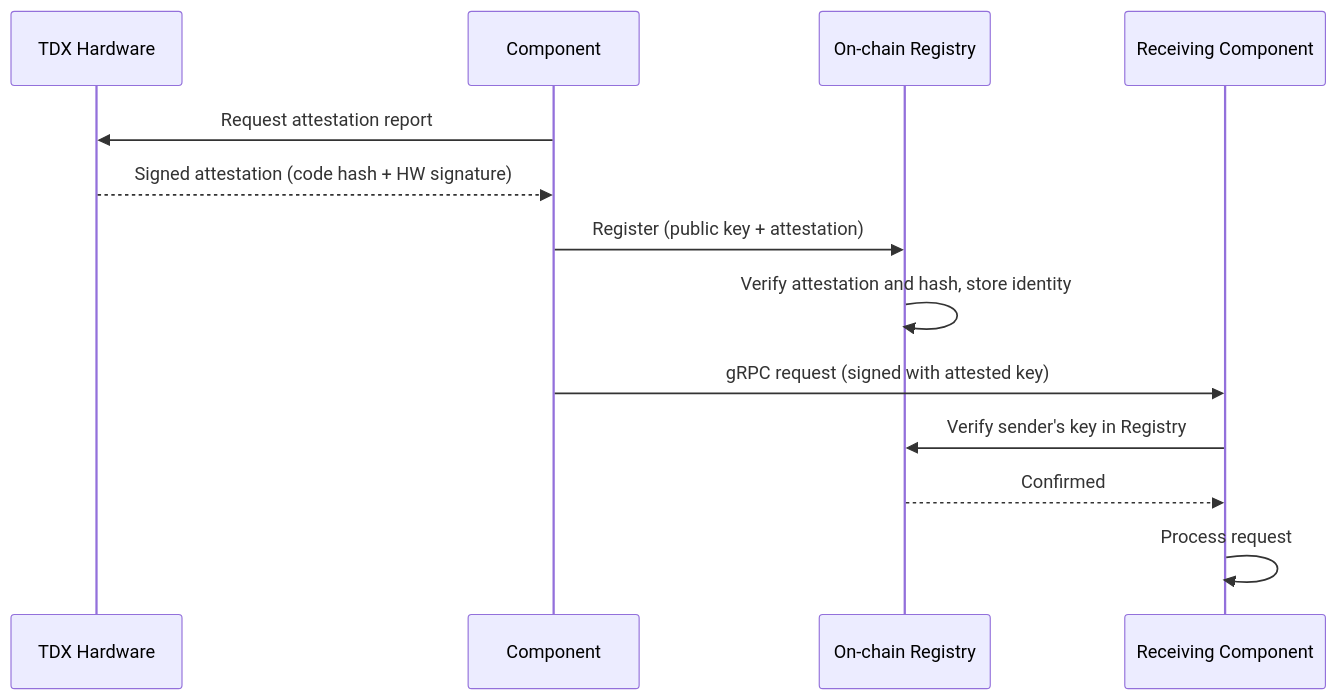
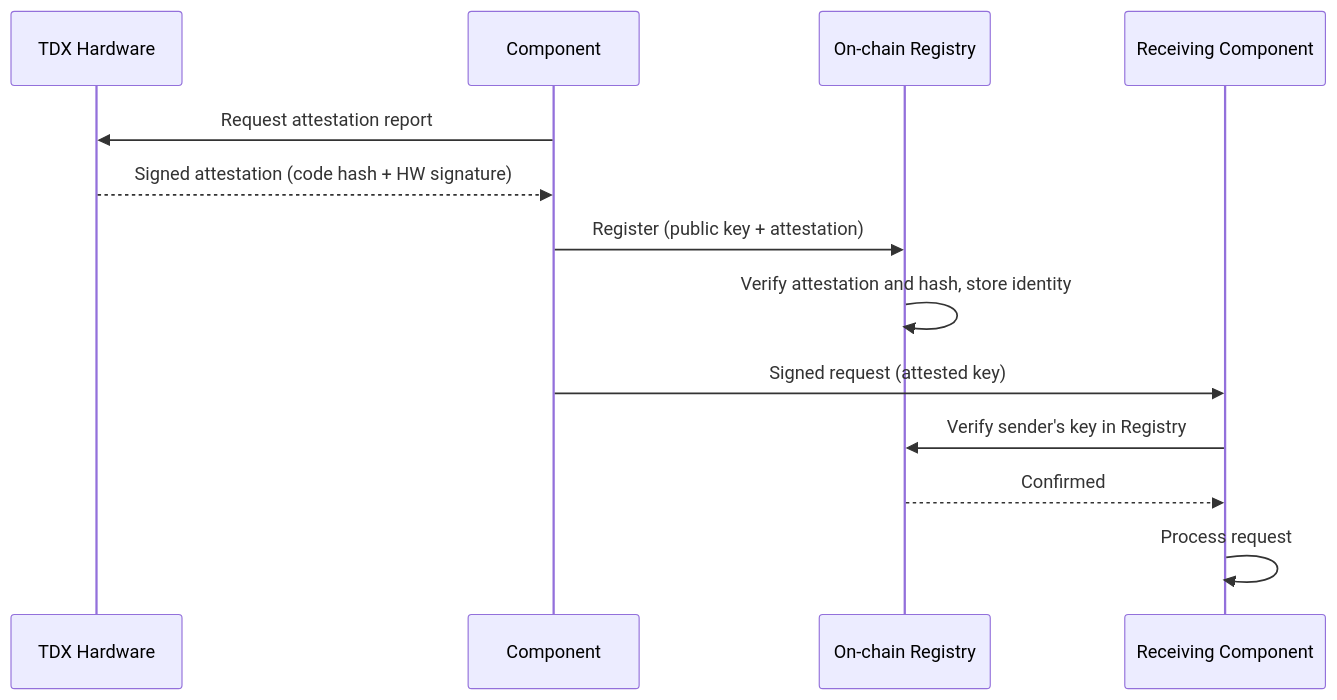
One commit to iExec-Nox/documentation changed the third of 6 diagrams in src/protocol/protocol-vision.md. Above: the diagram before and after it, drawn with Mermaid. The commit also changed other lines of this file, not shown here.

````diff
--- a/src/protocol/protocol-vision.md
+++ b/src/protocol/protocol-vision.md
@@ -202,16 +202,16 @@
 ```mermaid
 sequenceDiagram
     participant HW as TDX Hardware
     participant C as Component
     participant BC as On-chain Registry
     participant R as Receiving Component
 
     C->>HW: Request attestation report
     HW-->>C: Signed attestation (code hash + HW signature)
     C->>BC: Register (public key + attestation)
     BC->>BC: Verify attestation and hash, store identity
-    C->>R: gRPC request (signed with attested key)
+    C->>R: Signed request (attested key)
     R->>BC: Verify sender's key in Registry
     BC-->>R: Confirmed
     R->>R: Process request
 ```
````
